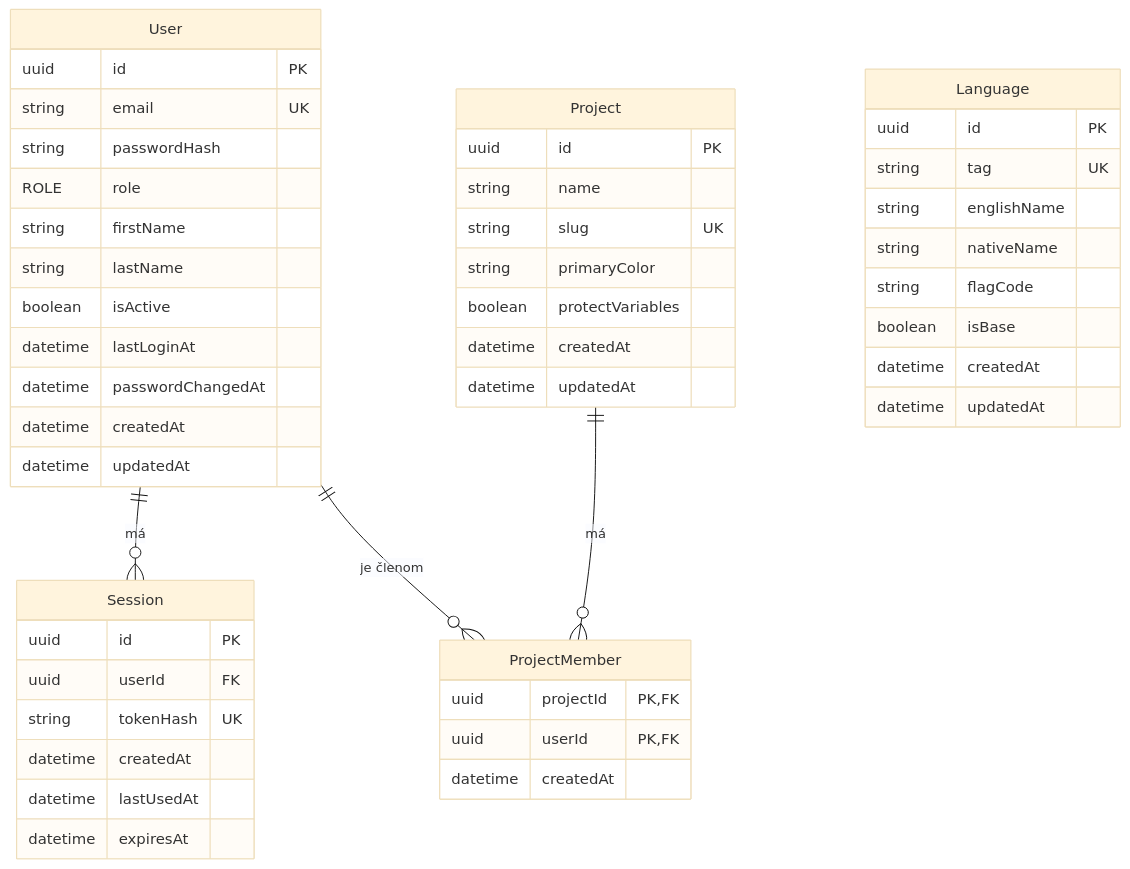
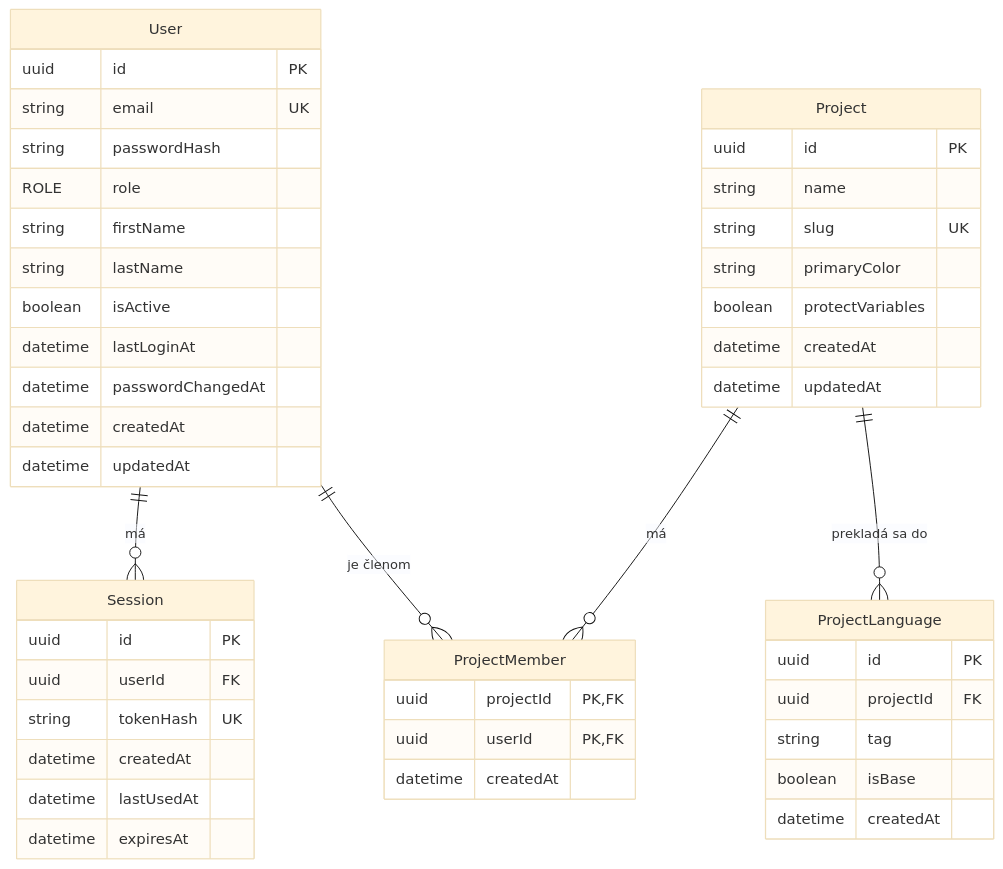
The diagram in docs/database.md (michal-bella/Locale-Admin), drawn with Mermaid (base theme) before and after one commit. The commit also changed other lines of this file and 85 other files, not shown here.

````diff
--- a/docs/database.md
+++ b/docs/database.md
@@ -94,51 +94,49 @@
 ```mermaid
 erDiagram
     User ||--o{ Session : "má"
     User ||--o{ ProjectMember : "je členom"
     Project ||--o{ ProjectMember : "má"
+    Project ||--o{ ProjectLanguage : "prekladá sa do"
     User {
         uuid id PK
         string email UK
         string passwordHash
         ROLE role
         string firstName
         string lastName
         boolean isActive
         datetime lastLoginAt
         datetime passwordChangedAt
         datetime createdAt
         datetime updatedAt
     }
     Session {
         uuid id PK
         uuid userId FK
         string tokenHash UK
         datetime createdAt
         datetime lastUsedAt
         datetime expiresAt
     }
-    Language {
+    ProjectLanguage {
         uuid id PK
-        string tag UK
-        string englishName
-        string nativeName
-        string flagCode
+        uuid projectId FK
+        string tag
         boolean isBase
         datetime createdAt
-        datetime updatedAt
     }
     Project {
         uuid id PK
         string name
         string slug UK
         string primaryColor
         boolean protectVariables
         datetime createdAt
         datetime updatedAt
     }
     ProjectMember {
         uuid projectId PK, FK
         uuid userId PK, FK
         datetime createdAt
     }
 ```
````
